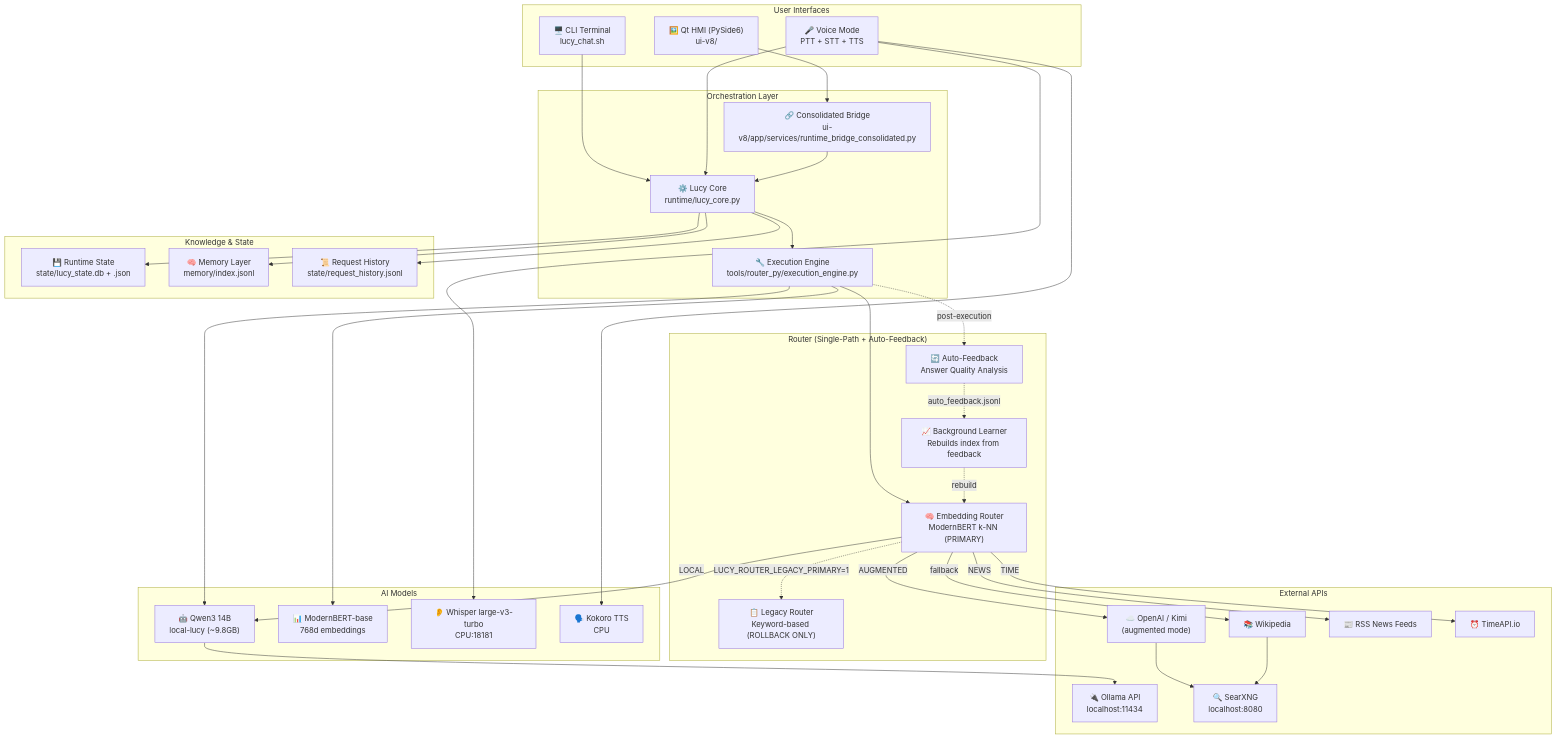
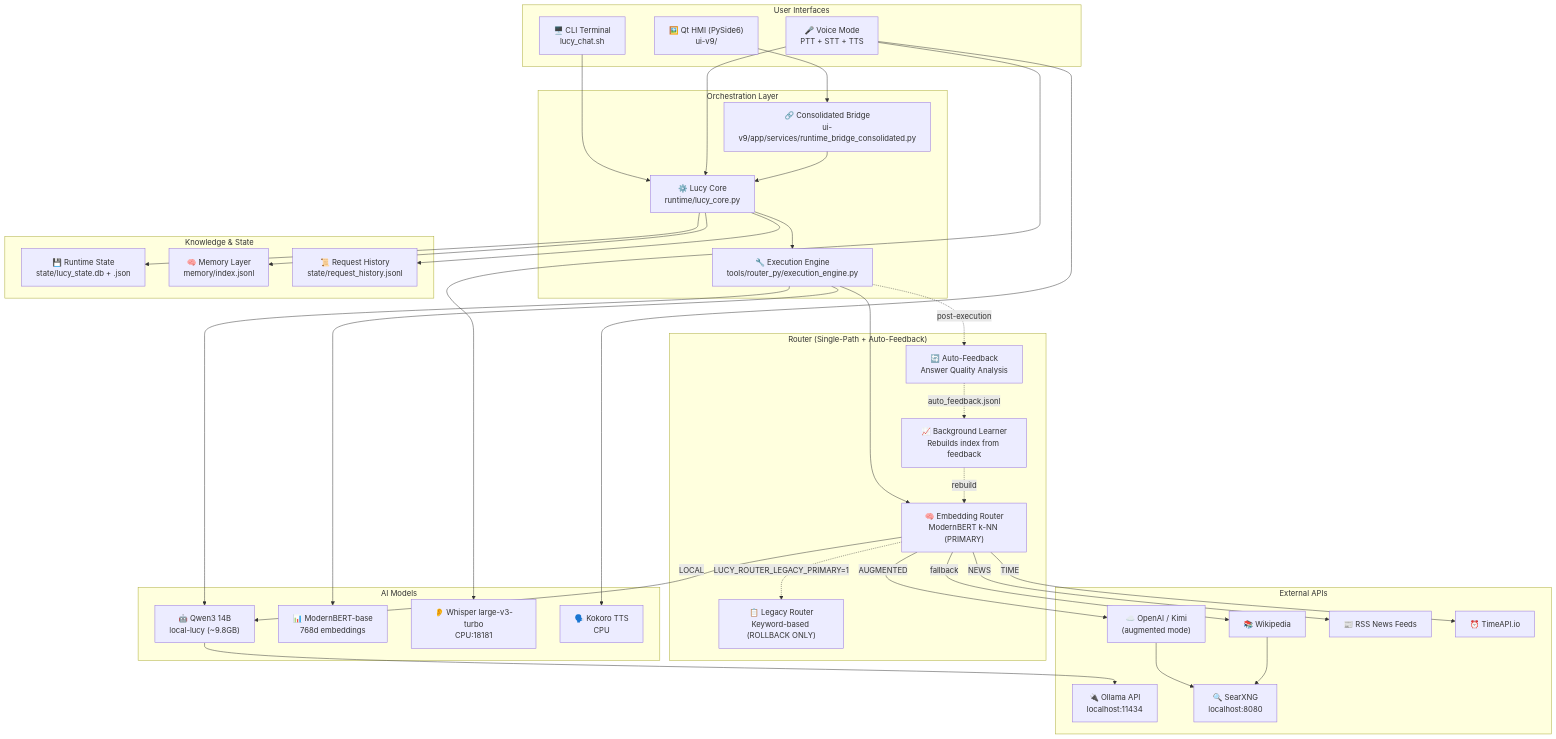
One commit to mikemichaelperry-cloud/Local-Lucy changed the first of 3 diagrams in ARCHITECTURE.md. Above: the diagram before and after it, drawn with Mermaid. The commit also changed other lines of this file and 236 other files, not shown here.

````diff
--- a/ARCHITECTURE.md
+++ b/ARCHITECTURE.md
@@ -13,76 +13,76 @@
 ```mermaid
 graph TB
     subgraph "User Interfaces"
         CLI["🖥️ CLI Terminal<br/>lucy_chat.sh"]
-        GUI["🖼️ Qt HMI (PySide6)<br/>ui-v8/"]
+        GUI["🖼️ Qt HMI (PySide6)<br/>ui-v9/"]
         VOICE["🎤 Voice Mode<br/>PTT + STT + TTS"]
     end
 
     subgraph "Orchestration Layer"
         CORE["⚙️ Lucy Core<br/>runtime/lucy_core.py"]
         ENGINE["🔧 Execution Engine<br/>tools/router_py/execution_engine.py"]
-        BRIDGE["🔗 Consolidated Bridge<br/>ui-v8/app/services/runtime_bridge_consolidated.py"]
+        BRIDGE["🔗 Consolidated Bridge<br/>ui-v9/app/services/runtime_bridge_consolidated.py"]
     end
 
     subgraph "Router (Single-Path + Auto-Feedback)"
         EMBED["🧠 Embedding Router<br/>ModernBERT k-NN (PRIMARY)"]
         LEGACY["📋 Legacy Router<br/>Keyword-based (ROLLBACK ONLY)"]
         AUTO_FB["🔄 Auto-Feedback<br/>Answer Quality Analysis"]
         LEARNER["📈 Background Learner<br/>Rebuilds index from feedback"]
     end
 
     subgraph "AI Models"
         LLM["🤖 Qwen3 14B<br/>local-lucy (~9.8GB)"]
         ROUTER_MODEL["📊 ModernBERT-base<br/>768d embeddings"]
         WHISPER["👂 Whisper large-v3-turbo<br/>CPU:18181"]
         KOKORO["🗣️ Kokoro TTS<br/>CPU"]
     end
 
     subgraph "Knowledge & State"
         STATE["💾 Runtime State<br/>state/lucy_state.db + .json"]
         MEMORY["🧠 Memory Layer<br/>memory/index.jsonl"]
         HISTORY["📜 Request History<br/>state/request_history.jsonl"]
     end
 
     subgraph "External APIs"
         OLLAMA["🔌 Ollama API<br/>localhost:11434"]
         WIKI["📚 Wikipedia"]
         OPENAI["☁️ OpenAI / Kimi<br/>(augmented mode)"]
         NEWS["📰 RSS News Feeds"]
         TIMEAPI["⏰ TimeAPI.io"]
         SEARCH["🔍 SearXNG<br/>localhost:8080"]
     end
 
     CLI --> CORE
     GUI --> BRIDGE
     VOICE --> CORE
 
     BRIDGE --> CORE
     CORE --> ENGINE
     CORE --> STATE
     CORE --> MEMORY
     CORE --> HISTORY
 
     ENGINE --> EMBED
     EMBED -.->|"LUCY_ROUTER_LEGACY_PRIMARY=1"| LEGACY
     ENGINE -.->|"post-execution"| AUTO_FB
     AUTO_FB -.->|"auto_feedback.jsonl"| LEARNER
     LEARNER -.->|"rebuild"| EMBED
 
     ENGINE --> LLM
     ENGINE --> ROUTER_MODEL
 
     LLM --> OLLAMA
 
     EMBED -->|"LOCAL"| LLM
     EMBED -->|"AUGMENTED"| OPENAI
     EMBED -->|"NEWS"| NEWS
     EMBED -->|"TIME"| TIMEAPI
     EMBED -->|"fallback"| WIKI
 
     VOICE --> WHISPER
     VOICE --> KOKORO
 
     OPENAI --> SEARCH
     WIKI --> SEARCH
 ```
````
